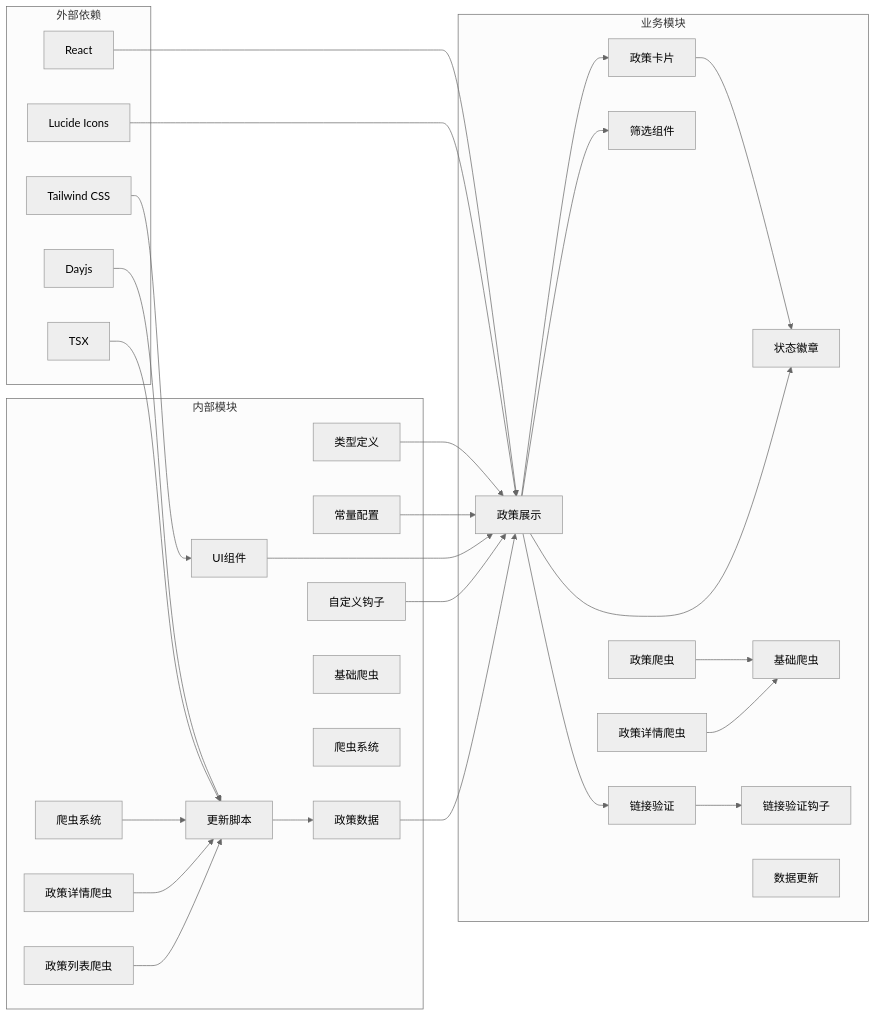
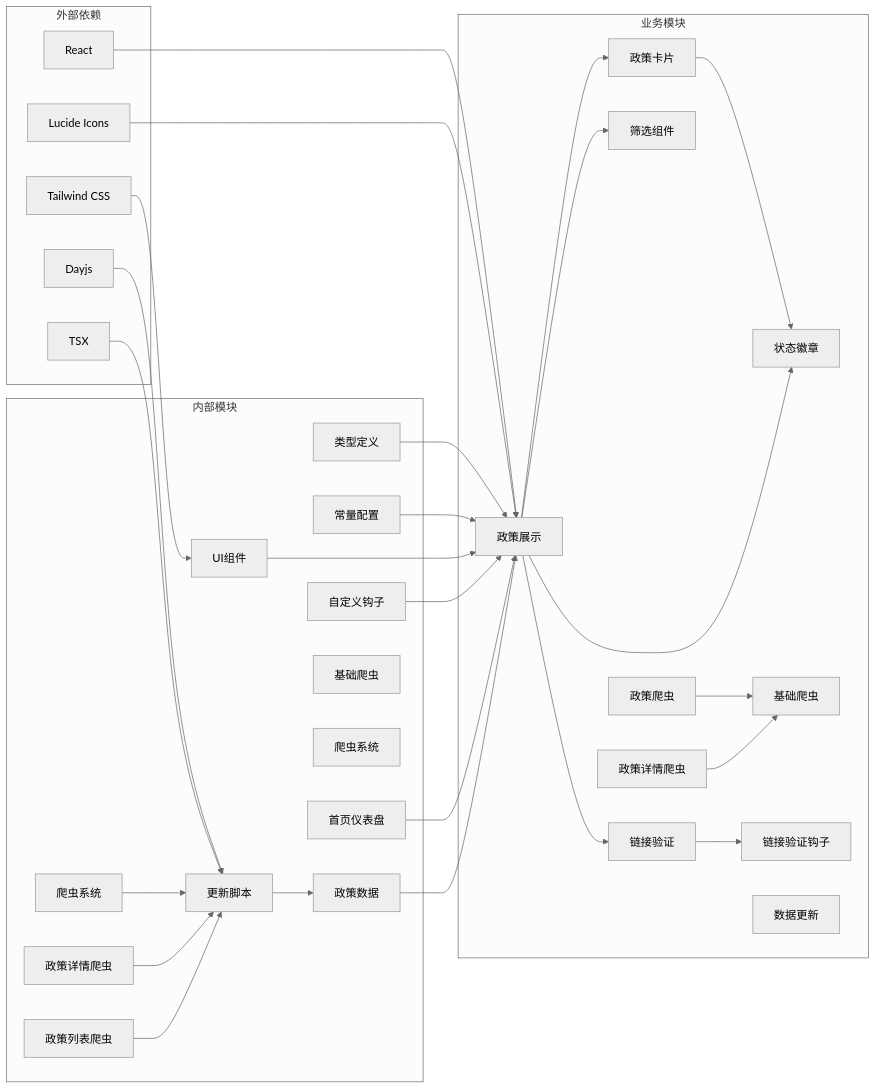
Before and after one commit to liangxuanliang-cmd/carbon-info-agent: the tenth of 10 diagrams in .qoder/repowiki/zh/content/数据管理/政策数据管理/政策数据管理.md, drawn with Mermaid (neutral theme). The commit also changed other lines of this file and 5 other files, not shown here.

````diff
--- a/.qoder/repowiki/zh/content/数据管理/政策数据管理/政策数据管理.md
+++ b/.qoder/repowiki/zh/content/数据管理/政策数据管理/政策数据管理.md
@@ -482,57 +525,60 @@
 ```mermaid
 graph LR
 subgraph "外部依赖"
 React[React]
 Lucide[Lucide Icons]
 Tailwind[Tailwind CSS]
 Dayjs[Dayjs]
 TSX[TSX]
 end
 subgraph "内部模块"
 Types[类型定义]
 Constants[常量配置]
 Data[政策数据]
 Components[UI组件]
 Hooks[自定义钩子]
 Crawler[爬虫系统]
 UpdateScript[更新脚本]
 DetailCrawler[政策详情爬虫]
 ListCrawler[政策列表爬虫]
 BaseCrawler[基础爬虫]
 EndCrawler[爬虫系统]
+HomeDashboard[首页仪表盘]
 end
 subgraph "业务模块"
 PolicySection[政策展示]
 PolicyCard[政策卡片]
 TabFilter[筛选组件]
 Badge[状态徽章]
 LinkValidator[链接验证]
 usePolicyLinkValidation[链接验证钩子]
 policyCrawler[政策爬虫]
 policyDetailCrawler[政策详情爬虫]
 baseCrawler[基础爬虫]
 updateData[数据更新]
+HomeDashboard[首页仪表盘]
 end
 React --> PolicySection
 Lucide --> PolicySection
 Tailwind --> Components
 Dayjs --> UpdateScript
 TSX --> UpdateScript
 Types --> PolicySection
 Constants --> PolicySection
 Data --> PolicySection
 Components --> PolicySection
 Hooks --> PolicySection
 Crawler --> UpdateScript
 UpdateScript --> Data
 DetailCrawler --> UpdateScript
 ListCrawler --> UpdateScript
 PolicySection --> PolicyCard
 PolicySection --> TabFilter
 PolicySection --> Badge
 PolicySection --> LinkValidator
 PolicyCard --> Badge
 LinkValidator --> usePolicyLinkValidation
 policyCrawler --> baseCrawler
 policyDetailCrawler --> baseCrawler
+HomeDashboard --> PolicySection
 ```
````
